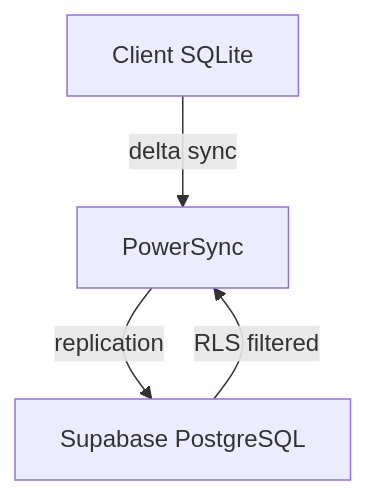
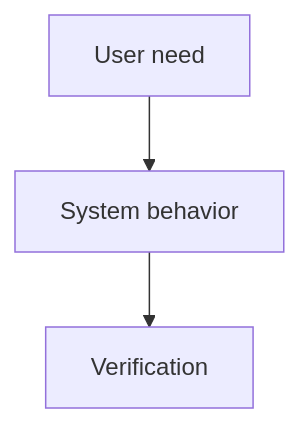
Before and after one commit to jrmoulckers/finance: the diagram in .github/agents/docs-writer.agent.md, drawn with Mermaid. The commit also changed other lines of this file and 175 other files, not shown here.

````diff
--- a/.github/agents/docs-writer.agent.md
+++ b/.github/agents/docs-writer.agent.md
@@ -76,6 +73,5 @@
 ```mermaid
 graph TD
-    A[Client SQLite] -->|delta sync| B[PowerSync]
-    B -->|replication| C[Supabase PostgreSQL]
-    C -->|RLS filtered| B
+    A[User need] --> B[System behavior]
+    B --> C[Verification]
 ```
````
